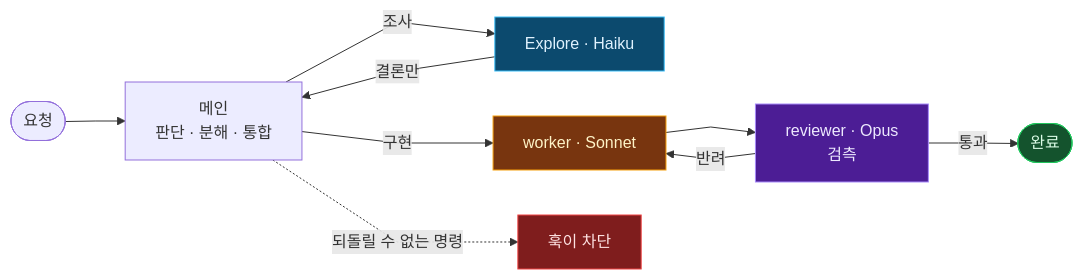
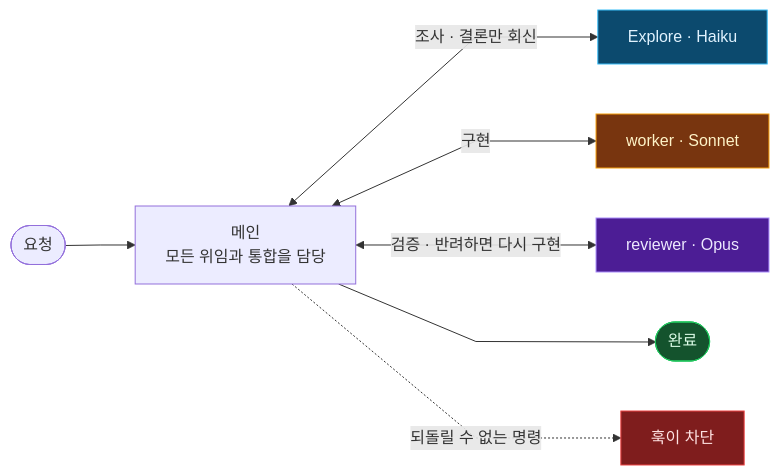
The diagram in README.md (khakisketch/KSI-Claude-Harness), drawn with Mermaid before and after one commit. The commit also changed other lines of this file and 1 other file, not shown here.

````diff
--- a/README.md
+++ b/README.md
@@ -219,18 +241,17 @@
 ```mermaid
-%%{init: {'flowchart': {'curve': 'linear', 'nodeSpacing': 45, 'rankSpacing': 60}}}%%
+%%{init: {'flowchart': {'curve': 'linear', 'nodeSpacing': 50, 'rankSpacing': 70}}}%%
 flowchart LR
-    REQ([요청]) --> MAIN[메인<br/>판단 · 분해 · 통합]
-    MAIN -->|조사| EX[Explore · Haiku]
-    EX -->|결론만| MAIN
-    MAIN -->|구현| WK[worker · Sonnet]
-    WK --> RV[reviewer · Opus<br/>검측]
-    RV -->|반려| WK
-    RV -->|통과| DONE([완료])
+    REQ([요청]) --> MAIN
+    MAIN[메인<br/>모든 위임과 통합을 담당]
+    MAIN <-->|조사 · 결론만 회신| EX[Explore · Haiku]
+    MAIN <-->|구현| WK[worker · Sonnet]
+    MAIN <-->|검증 · 반려하면 다시 구현| RV[reviewer · Opus]
+    MAIN --> DONE([완료])
     MAIN -.->|되돌릴 수 없는 명령| HOOK[훅이 차단]
 
     style EX fill:#0c4a6e,stroke:#38bdf8,color:#e0f2fe
     style WK fill:#78350f,stroke:#f59e0b,color:#fef3c7
     style RV fill:#4c1d95,stroke:#a78bfa,color:#ede9fe
     style HOOK fill:#7f1d1d,stroke:#ef4444,color:#fee2e2
     style DONE fill:#14532d,stroke:#22c55e,color:#dcfce7
 ```
````
